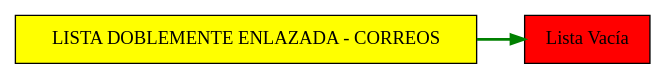
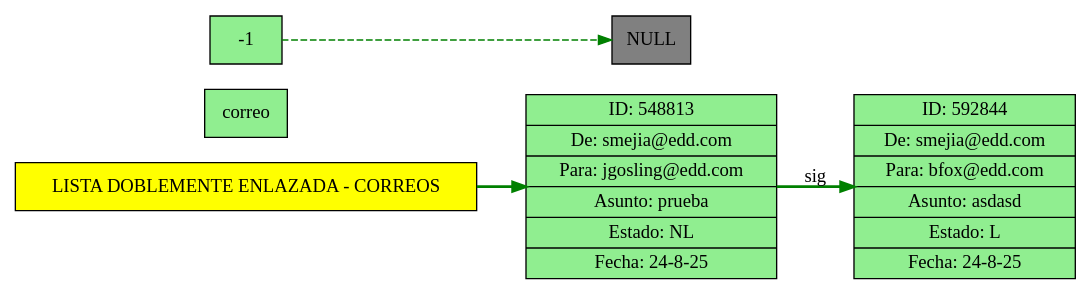
Before and after one commit to angelcard132/EDD_FASE1_202304063: the diagram in Fase1/graficos/correos.dot, drawn with Graphviz. The commit also changed 59 other files, not shown here.

```diff
--- a/Fase1/graficos/correos.dot
+++ b/Fase1/graficos/correos.dot
@@ -1,11 +1,17 @@
 digraph ListaCorreos {
   rankdir=LR;
   node [shape=record, style=filled, fillcolor=lightgreen];
   edge [color=green, style=bold];
 
   // Título
   titulo [label="LISTA DOBLEMENTE ENLAZADA - CORREOS", shape=box, style=filled, fillcolor=yellow];
 
-  vacia [label="Lista Vacía", shape=box, style=filled, fillcolor=red];
-  titulo -> vacia;
+  correo0 [label="ID: 548813|De: smejia@edd.com|Para: jgosling@edd.com|Asunto: prueba|Estado: NL|Fecha: 24-8-25"];
+  correo1 [label="ID: 592844|De: smejia@edd.com|Para: bfox@edd.com|Asunto: asdasd|Estado: L|Fecha: 24-8-25"];
+
+  // Conexiones hacia adelante
+  titulo -> correo0;
+  correo0 -> correo1 [label="sig"];
+  correo-1 -> null [style=dashed];
+  null [label="NULL", shape=box, style=filled, fillcolor=gray];
 }
```
